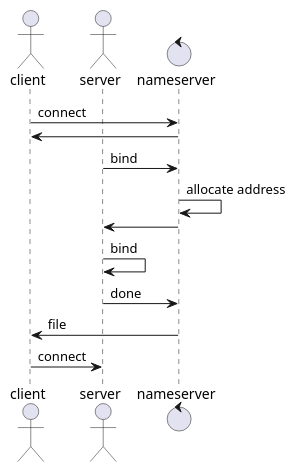
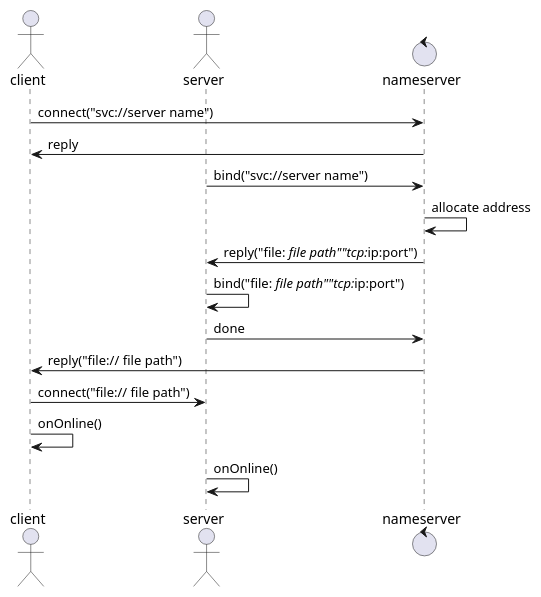
The diagram in readme.md (sher2018/QNX_FDBus_test), drawn with PlantUML before and after one commit.

Commit message:
@sher: update sequence diagram

````diff
--- a/readme.md
+++ b/readme.md
@@ -15,19 +15,21 @@
 ```plantuml
 @startuml
 actor client
 actor server
 control nameserver
 
-client -> nameserver: connect
-nameserver -> client:
+client -> nameserver : connect("svc://server name")
+nameserver -> client : reply
 
-server -> nameserver:bind
-nameserver -> nameserver: allocate address
-nameserver -> server: 
-server -> server: bind
-server -> nameserver: done
-nameserver -> client: file
-client -> server: connect
+server -> nameserver : bind("svc://server name")
+nameserver -> nameserver : allocate address
+nameserver -> server : reply("file:// file path""tcp://ip:port") 
+server -> server : bind("file:// file path""tcp://ip:port")
+server -> nameserver : done
+nameserver -> client : reply("file:// file path")
+client -> server : connect("file:// file path")
+client -> client : onOnline()
+server -> server : onOnline()
 
 @enduml
 ```
````
